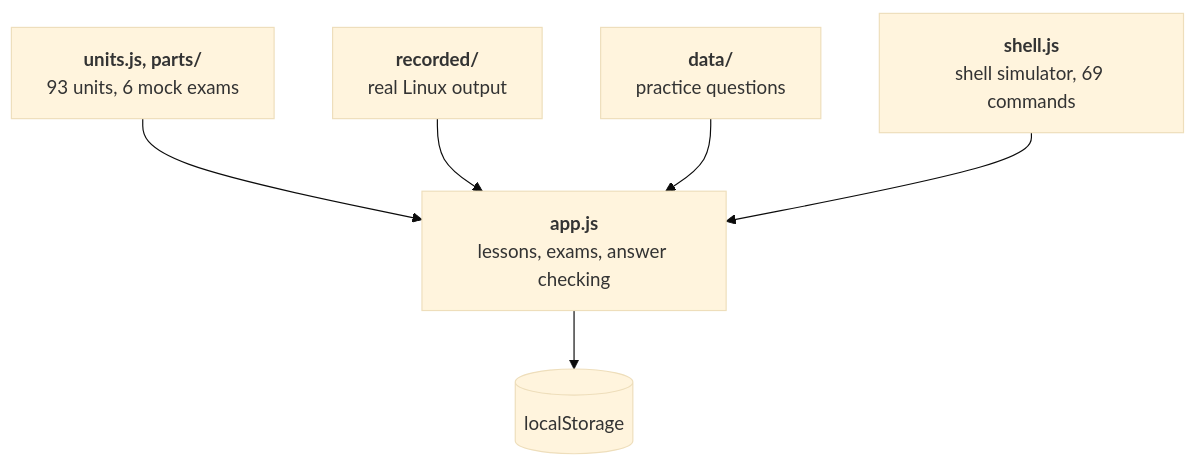
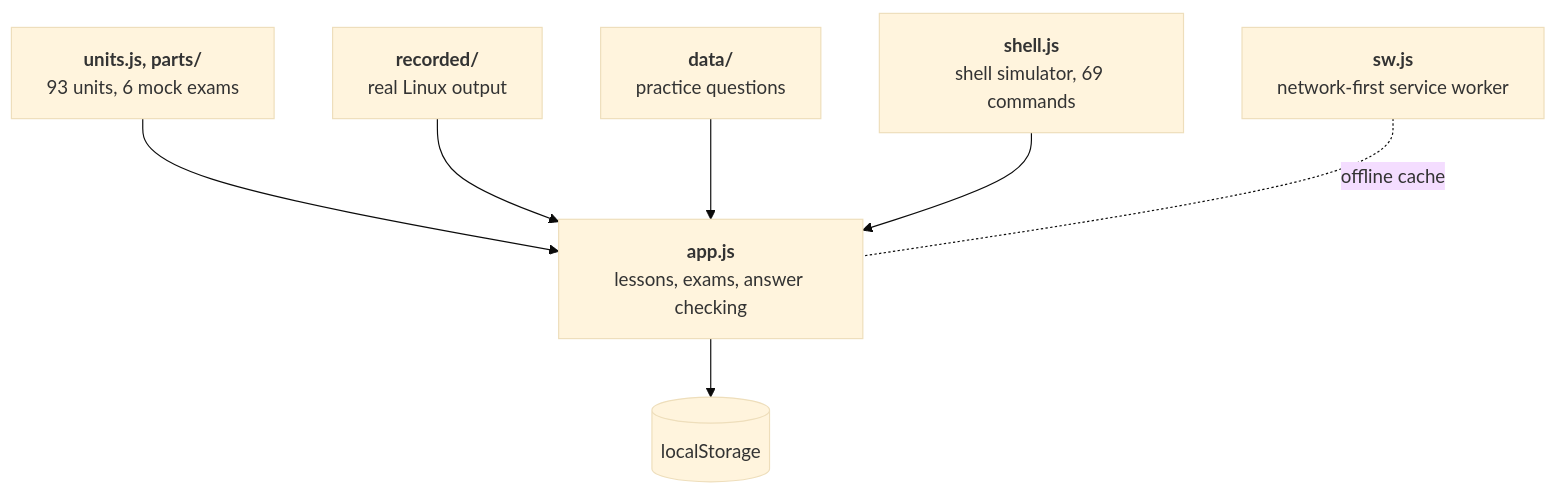
The diagram in README.md (SaharHalili95/linux-master), drawn with Mermaid (base theme) before and after one commit. The commit also changed other lines of this file, not shown here.

````diff
--- a/README.md
+++ b/README.md
@@ -82,9 +78,10 @@
 ```mermaid
 flowchart TB
   S["<b>shell.js</b><br>shell simulator, 69 commands"]
   U["<b>units.js, parts/</b><br>93 units, 6 mock exams"] --> A
   R["<b>recorded/</b><br>real Linux output"] --> A
   D["<b>data/</b><br>practice questions"] --> A
   S --> A["<b>app.js</b><br>lessons, exams, answer checking"]
   A --> L[("localStorage")]
+  W["<b>sw.js</b><br>network-first service worker"] -. offline cache .- A
 ```
````
